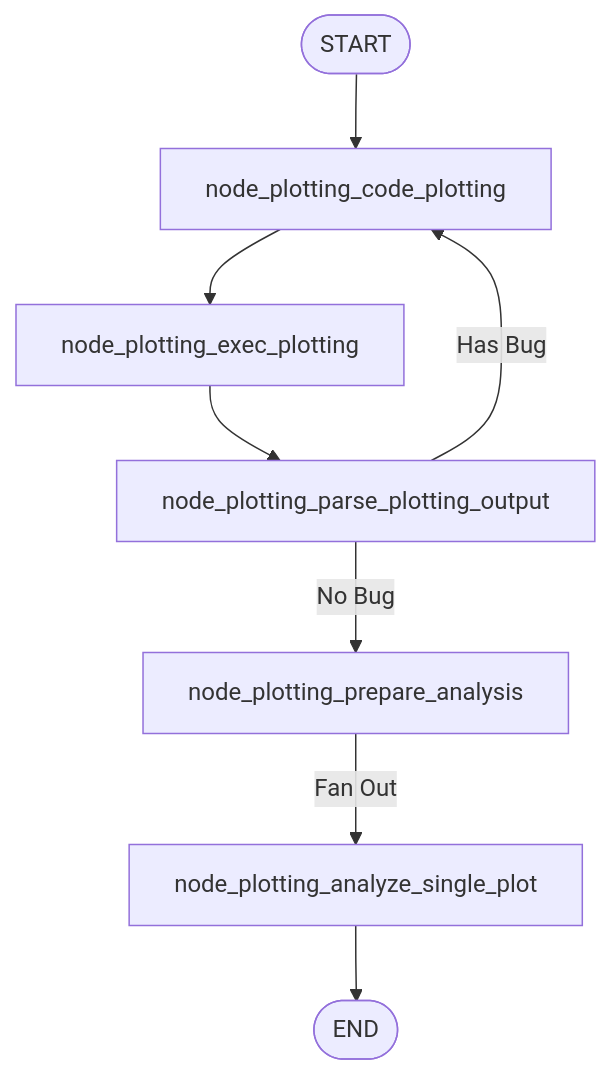
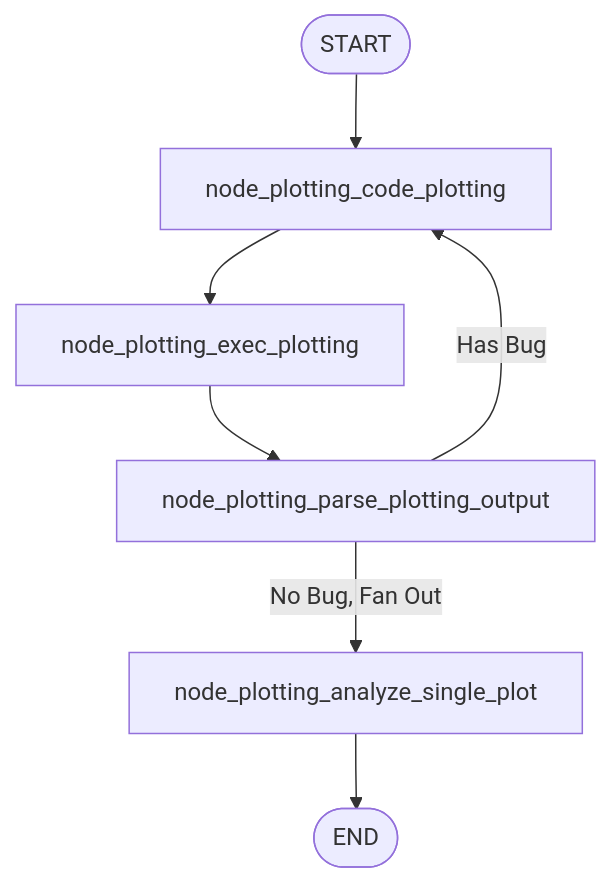
One commit to agencyenterprise/AE-Scientist changed the sixth of 7 diagrams in readme.md. Above: the diagram before and after it, drawn with Mermaid. The commit also changed other lines of this file, not shown here.

````diff
--- a/readme.md
+++ b/readme.md
@@ -164,10 +174,9 @@
 ```mermaid
 graph TD
     START([START]) --> node_plotting_code_plotting
     node_plotting_code_plotting --> node_plotting_exec_plotting
     node_plotting_exec_plotting --> node_plotting_parse_plotting_output
     node_plotting_parse_plotting_output -->|Has Bug| node_plotting_code_plotting
-    node_plotting_parse_plotting_output -->|No Bug| node_plotting_prepare_analysis
-    node_plotting_prepare_analysis -->|Fan Out| node_plotting_analyze_single_plot
+    node_plotting_parse_plotting_output -->|No Bug, Fan Out| node_plotting_analyze_single_plot
     node_plotting_analyze_single_plot --> END([END])
 ```
````
